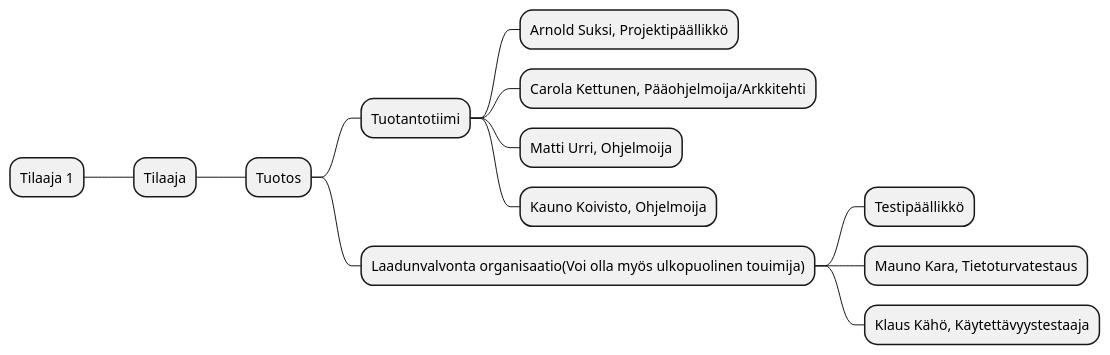
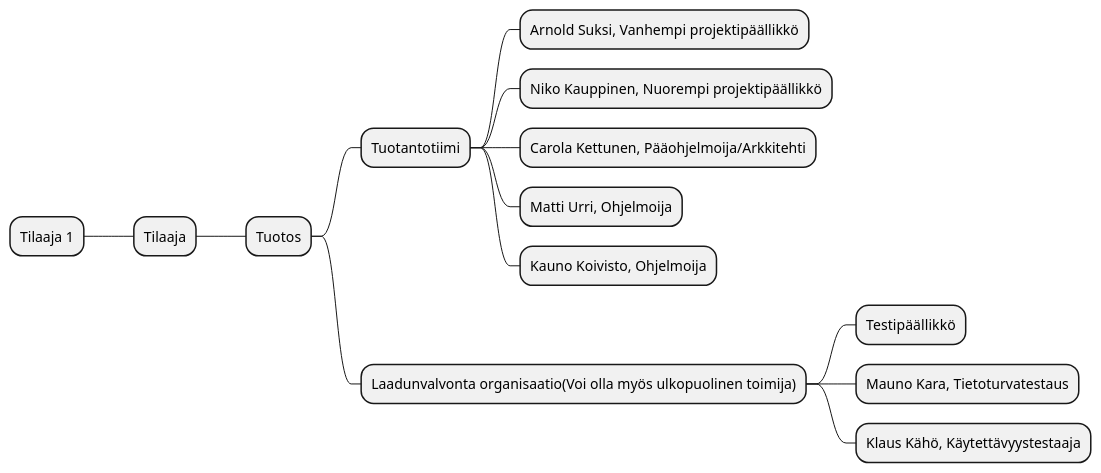
One commit to M11k4/DynamiittiOrava changed the second of 3 diagrams in dokumentit/10-Projektihallinta/tiivistetty-projektisuunnitelma.md. Above: the diagram before and after it, drawn with PlantUML. The commit also changed other lines of this file, not shown here.

````diff
--- a/dokumentit/10-Projektihallinta/tiivistetty-projektisuunnitelma.md
+++ b/dokumentit/10-Projektihallinta/tiivistetty-projektisuunnitelma.md
@@ -137,16 +141,17 @@
 ```plantuml
 @startmindmap
 + Tuotos
 ++ Tuotantotiimi
-+++ Arnold Suksi, Projektipäällikkö
++++ Arnold Suksi, Vanhempi projektipäällikkö
++++ Niko Kauppinen, Nuorempi projektipäällikkö
 +++ Carola Kettunen, Pääohjelmoija/Arkkitehti
 +++ Matti Urri, Ohjelmoija
 +++ Kauno Koivisto, Ohjelmoija
 -- Tilaaja
 --- Tilaaja 1
-++ Laadunvalvonta organisaatio(Voi olla myös ulkopuolinen touimija)
+++ Laadunvalvonta organisaatio(Voi olla myös ulkopuolinen toimija)
 +++ Testipäällikkö
 +++ Mauno Kara, Tietoturvatestaus
 +++ Klaus Kähö, Käytettävyystestaaja
 @endmindmap
 ```
````
